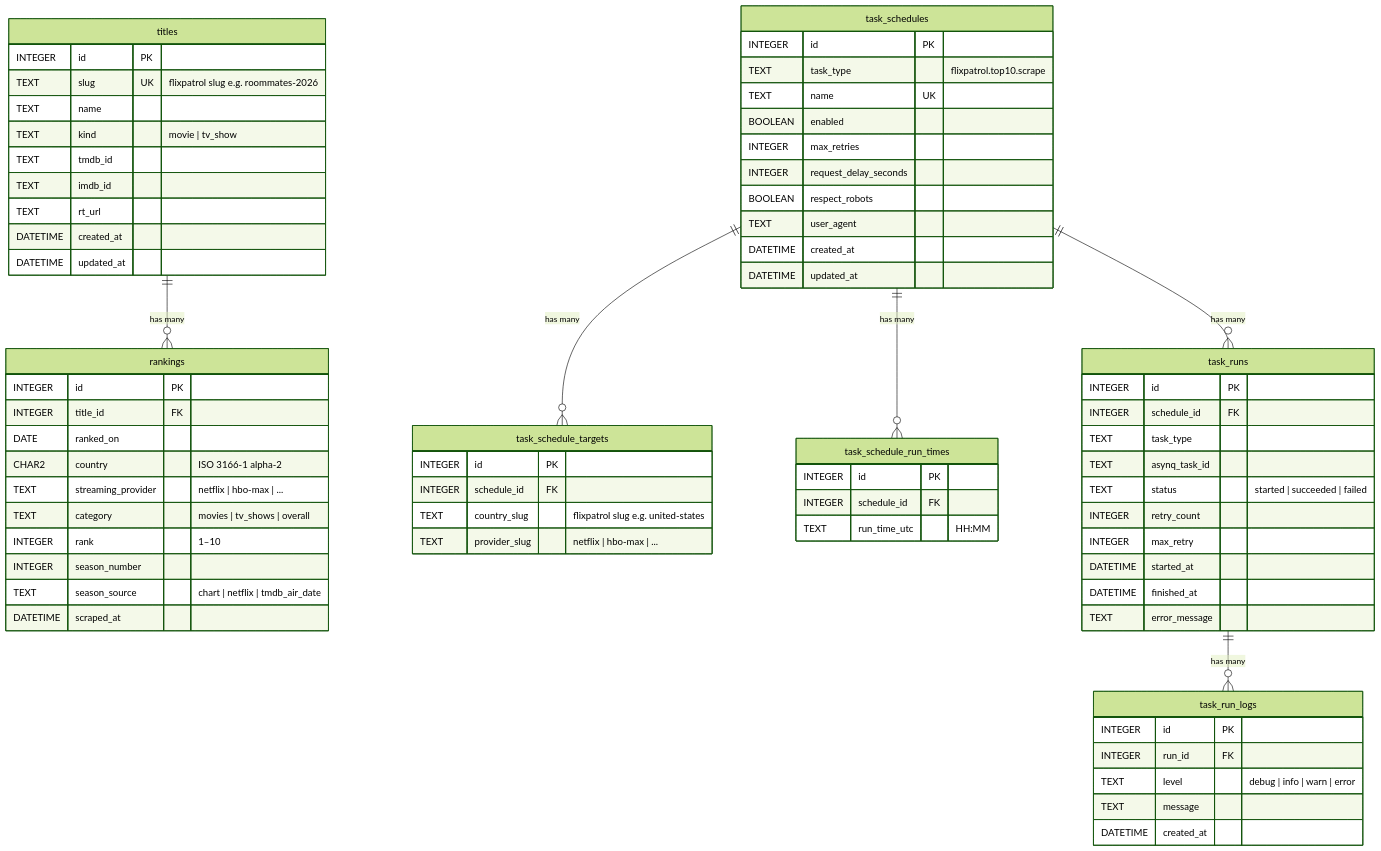
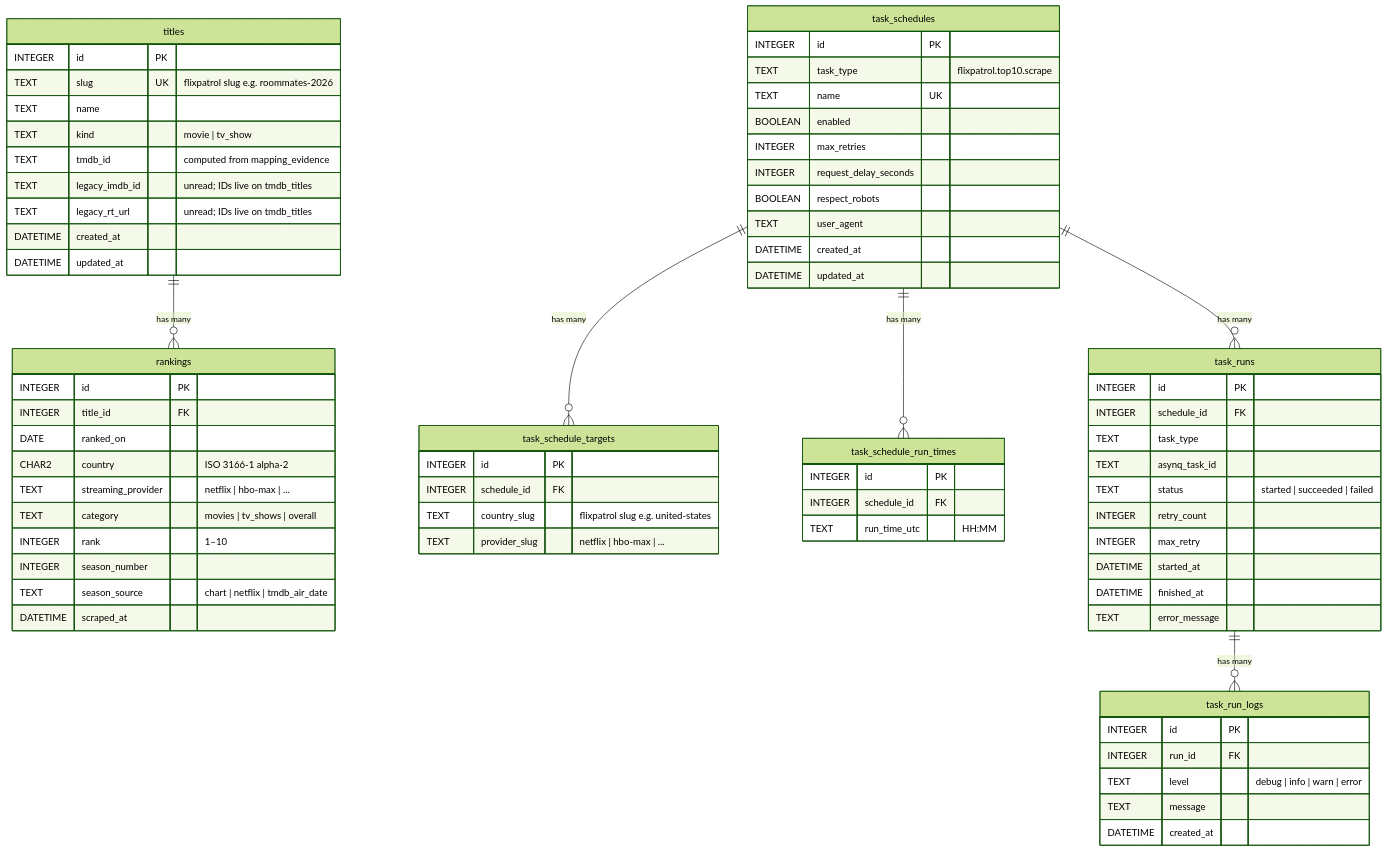
The eighth of 8 diagrams in docs/architecture.md (bugsbunny-25/metareel), drawn with Mermaid (forest theme) before and after one commit. The commit also changed other lines of this file and 72 other files, not shown here.

````diff
--- a/docs/architecture.md
+++ b/docs/architecture.md
@@ -408,80 +457,80 @@
 ```mermaid
 erDiagram
     titles {
         INTEGER id PK
         TEXT slug UK "flixpatrol slug e.g. roommates-2026"
         TEXT name
         TEXT kind "movie | tv_show"
-        TEXT tmdb_id
-        TEXT imdb_id
-        TEXT rt_url
+        TEXT tmdb_id "computed from mapping_evidence"
+        TEXT legacy_imdb_id "unread; IDs live on tmdb_titles"
+        TEXT legacy_rt_url "unread; IDs live on tmdb_titles"
         DATETIME created_at
         DATETIME updated_at
     }
 
     rankings {
         INTEGER id PK
         INTEGER title_id FK
         DATE ranked_on
         CHAR2 country "ISO 3166-1 alpha-2"
         TEXT streaming_provider "netflix | hbo-max | ..."
         TEXT category "movies | tv_shows | overall"
         INTEGER rank "1–10"
         INTEGER season_number
         TEXT season_source "chart | netflix | tmdb_air_date"
         DATETIME scraped_at
     }
 
     task_schedules {
         INTEGER id PK
         TEXT task_type "flixpatrol.top10.scrape"
         TEXT name UK
         BOOLEAN enabled
         INTEGER max_retries
         INTEGER request_delay_seconds
         BOOLEAN respect_robots
         TEXT user_agent
         DATETIME created_at
         DATETIME updated_at
     }
 
     task_schedule_targets {
         INTEGER id PK
         INTEGER schedule_id FK
         TEXT country_slug "flixpatrol slug e.g. united-states"
         TEXT provider_slug "netflix | hbo-max | ..."
     }
 
     task_schedule_run_times {
         INTEGER id PK
         INTEGER schedule_id FK
         TEXT run_time_utc "HH:MM"
     }
 
     task_runs {
         INTEGER id PK
         INTEGER schedule_id FK
         TEXT task_type
         TEXT asynq_task_id
         TEXT status "started | succeeded | failed"
         INTEGER retry_count
         INTEGER max_retry
         DATETIME started_at
         DATETIME finished_at
         TEXT error_message
     }
 
     task_run_logs {
         INTEGER id PK
         INTEGER run_id FK
         TEXT level "debug | info | warn | error"
         TEXT message
         DATETIME created_at
     }
 
     titles ||--o{ rankings : "has many"
     task_schedules ||--o{ task_schedule_targets : "has many"
     task_schedules ||--o{ task_schedule_run_times : "has many"
     task_schedules ||--o{ task_runs : "has many"
     task_runs ||--o{ task_run_logs : "has many"
 ```
````
